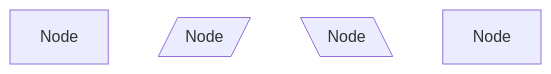
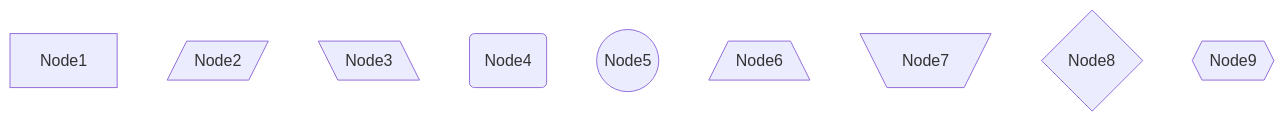
Before and after one commit to MaksimTarasov/learnGit: the second of 3 diagrams in Fishing.md, drawn with Mermaid. The commit also changed other lines of this file, not shown here.

````diff
--- a/Fishing.md
+++ b/Fishing.md
@@ -23,8 +35,15 @@
 ```mermaid
     flowchart TB
-     node1[Node]
-     node2[/Node/]
-     node3[\Node\]
-     node4[Node]
+     node1[Node1]
+     node2[/Node2/]
+     node3[\Node3\]
+     node4(Node4)
+     node5((Node5))
+     node6[/Node6\]
+     node7[\Node7/]
+     node8{Node8}
+     node9{{Node9}}
+     
+     
      
 ```
````
